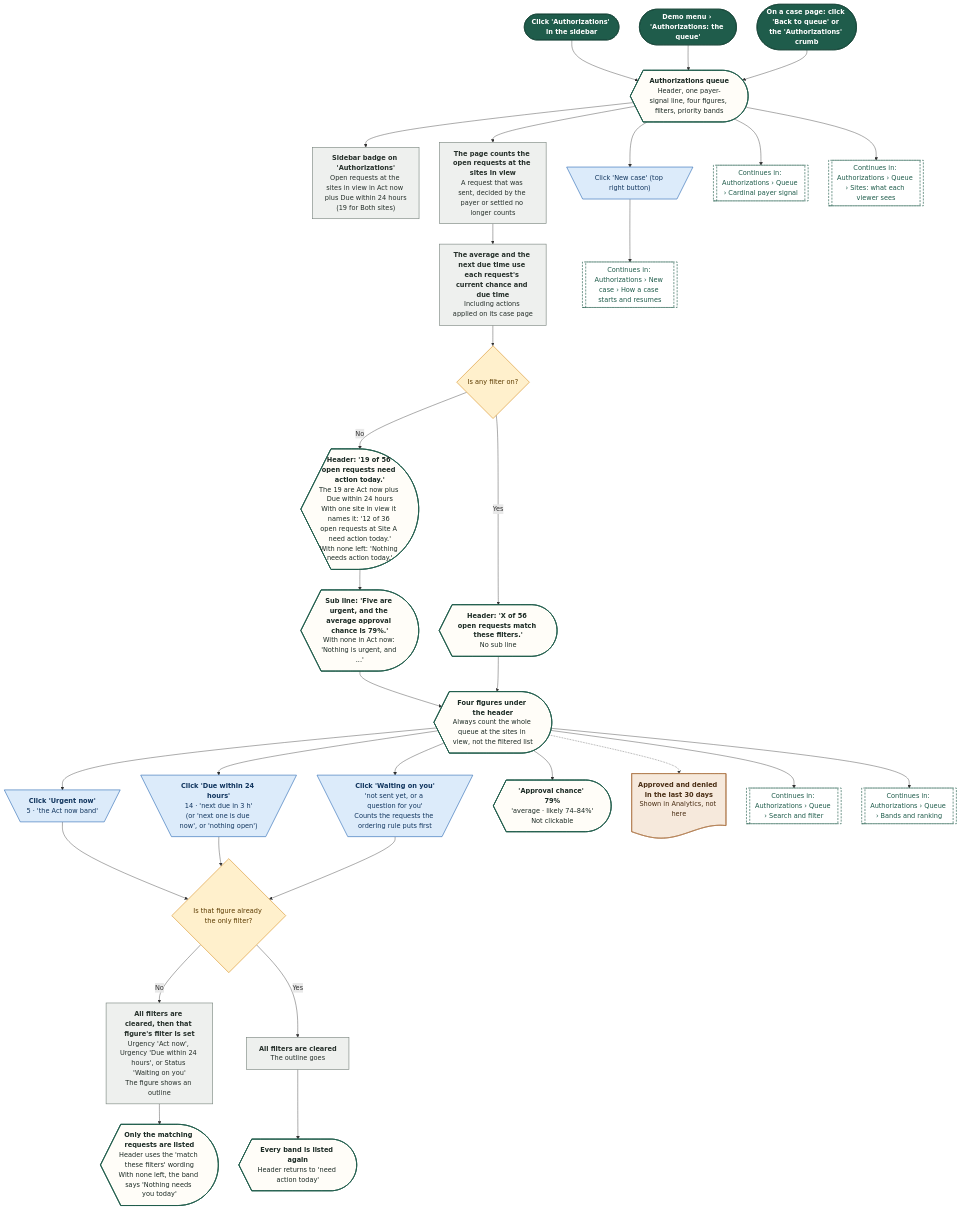
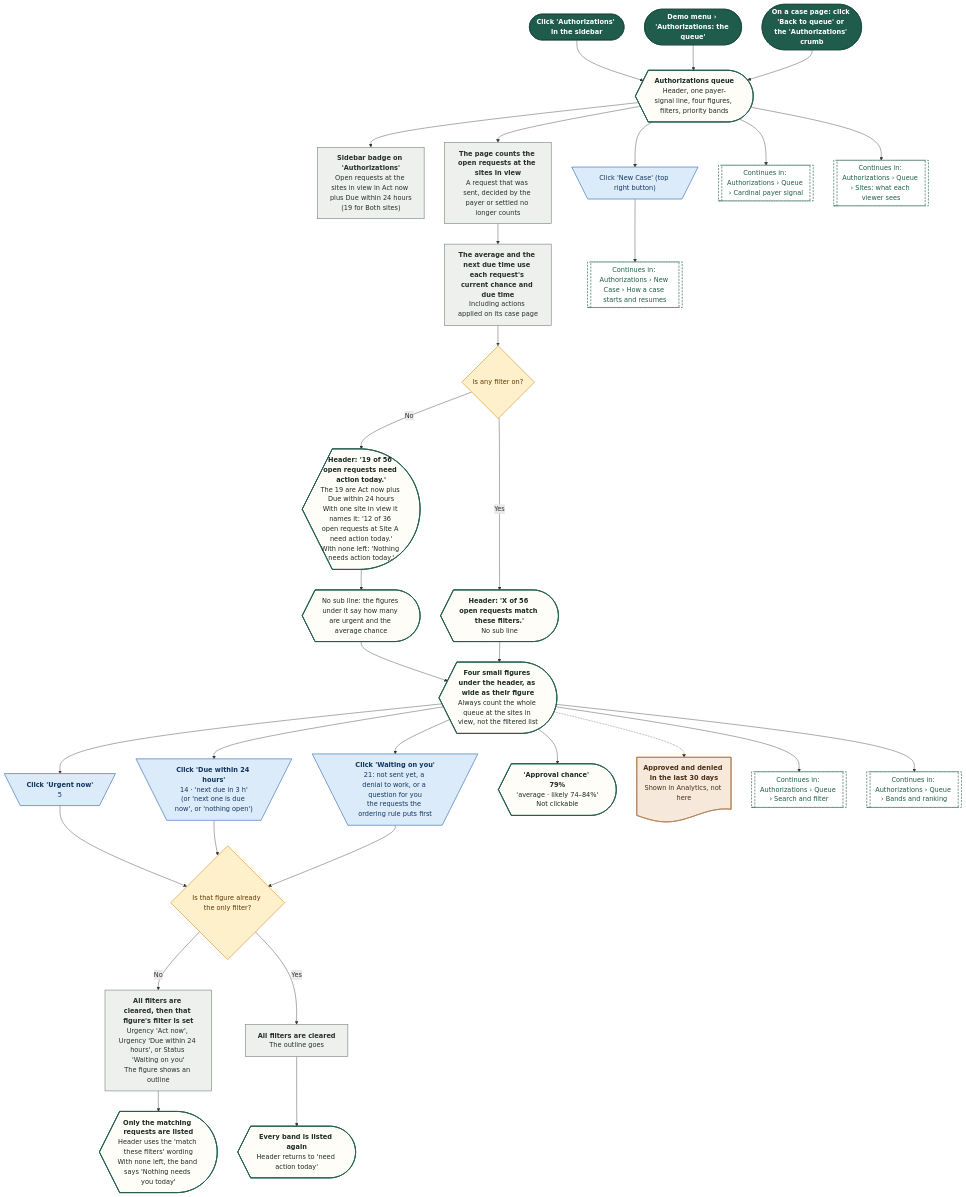
The first of 34 diagrams in demos/prior-auth-demo/workflows/out/md/03-authorizations.md (Shrav143/psyfloapp), drawn with Mermaid before and after one commit. The commit also changed other lines of this file and 202 other files, not shown here.

First line of the commit message:
docs: round 6 README, CONVENTIONS, spec section 17, diagram module blurbs and 336 rebuilt diagrams

````diff
--- a/demos/prior-auth-demo/workflows/out/md/03-authorizations.md
+++ b/demos/prior-auth-demo/workflows/out/md/03-authorizations.md
@@ -15,76 +15,76 @@
 ```mermaid
 %%{init: {"theme":"base","themeVariables":{"fontFamily":"'DM Sans', 'Segoe UI', system-ui, sans-serif","fontSize":"15px","lineColor":"#5B6B63","primaryTextColor":"#1C2B25","clusterBkg":"#FBF8F3","clusterBorder":"#D9CDBB","edgeLabelBackground":"#FFFFFF"},"flowchart":{"curve":"basis","nodeSpacing":36,"rankSpacing":48,"padding":12,"htmlLabels":true,"useMaxWidth":false,"wrappingWidth":230}} }%%
 flowchart TD
   classDef k_start fill:#1F5C4B,stroke:#174638,color:#FFFFFF,stroke-width:1.5px,font-weight:600
   classDef k_end fill:#DDEFE3,stroke:#2E7D4F,color:#14502F,stroke-width:1.5px,font-weight:600
   classDef k_endx fill:#FBE3E0,stroke:#C0392B,color:#7A1F16,stroke-width:1.5px,font-weight:600
   classDef k_screen fill:#FFFDF8,stroke:#1F5C4B,color:#1C2B25,stroke-width:2px
   classDef k_overlay fill:#F1F7F3,stroke:#1F5C4B,color:#1C2B25,stroke-width:2px,stroke-dasharray:5 3
   classDef k_click fill:#DCEBFA,stroke:#2F6DB5,color:#12365F,stroke-width:1.5px
   classDef k_input fill:#E4E7FF,stroke:#4C5FD5,color:#1D2670,stroke-width:1.5px
   classDef k_process fill:#EEF0EE,stroke:#7A857F,color:#26302B,stroke-width:1.5px
   classDef k_agent fill:#EEE5FA,stroke:#7A4FC2,color:#341A63,stroke-width:1.5px
   classDef k_decision fill:#FFF0CC,stroke:#D9962B,color:#5C3B00,stroke-width:1.5px
   classDef k_store fill:#D5F0EA,stroke:#1C8E7B,color:#0B4A3F,stroke-width:1.5px
   classDef k_doc fill:#F6E9DC,stroke:#B07A4C,color:#4A2E14,stroke-width:1.5px
   classDef k_ext fill:#FFE6D2,stroke:#E07B39,color:#6B2F06,stroke-width:1.5px
   classDef k_wait fill:#E4E8EE,stroke:#6B7C93,color:#26303D,stroke-width:1.5px
   classDef k_toast fill:#FFF9DB,stroke:#C9A400,color:#5A4A00,stroke-width:1.5px
   classDef k_goto fill:#FFFFFF,stroke:#1F5C4B,color:#1F5C4B,stroke-width:1.5px,stroke-dasharray:5 3
   s1@{ shape: stadium, label: "Click 'Authorizations' in the sidebar" }
   s2@{ shape: stadium, label: "Demo menu › 'Authorizations: the queue'" }
   s3@{ shape: stadium, label: "On a case page: click 'Back to queue' or the 'Authorizations' crumb" }
   q1@{ shape: curv-trap, label: "<b>Authorizations queue</b><br/>Header, one payer-signal line, four figures, filters, priority bands" }
   sb@{ shape: rect, label: "<b>Sidebar badge on 'Authorizations'</b><br/>Open requests at the sites in view in Act now plus Due within 24 hours<br/>(19 for Both sites)" }
   p1@{ shape: rect, label: "<b>The page counts the open requests at the sites in view</b><br/>A request that was sent, decided by the payer or settled no longer counts" }
   p2@{ shape: rect, label: "<b>The average and the next due time use each request's current chance and due time</b><br/>Including actions applied on its case page" }
   d1@{ shape: diam, label: "Is any filter on?" }
   h1@{ shape: curv-trap, label: "<b>Header: '19 of 56 open requests need action today.'</b><br/>The 19 are Act now plus Due within 24 hours<br/>With one site in view it names it: '12 of 36 open requests at Site A need action today.'<br/>With none left: 'Nothing needs action today.'" }
-  h2@{ shape: curv-trap, label: "<b>Sub line: 'Five are urgent, and the average approval chance is 79%.'</b><br/>With none in Act now: 'Nothing is urgent, and ...'" }
+  h2@{ shape: curv-trap, label: "No sub line: the figures under it say how many are urgent and the average chance" }
   h3@{ shape: curv-trap, label: "<b>Header: 'X of 56 open requests match these filters.'</b><br/>No sub line" }
-  nb@{ shape: trap-t, label: "Click 'New case' (top right button)" }
-  g1@{ shape: subproc, label: "Continues in: Authorizations › New case › How a case starts and resumes" }
+  nb@{ shape: trap-t, label: "Click 'New Case' (top right button)" }
+  g1@{ shape: subproc, label: "Continues in: Authorizations › New Case › How a case starts and resumes" }
   g2@{ shape: subproc, label: "Continues in: Authorizations › Queue › Cardinal payer signal" }
-  tl@{ shape: curv-trap, label: "<b>Four figures under the header</b><br/>Always count the whole queue at the sites in view, not the filtered list" }
-  t2@{ shape: trap-t, label: "<b>Click 'Urgent now'</b><br/>5 · 'the Act now band'" }
+  tl@{ shape: curv-trap, label: "<b>Four small figures under the header, as wide as their figure</b><br/>Always count the whole queue at the sites in view, not the filtered list" }
+  t2@{ shape: trap-t, label: "<b>Click 'Urgent now'</b><br/>5" }
   t3@{ shape: trap-t, label: "<b>Click 'Due within 24 hours'</b><br/>14 · 'next due in 3 h'<br/>(or 'next one is due now', or 'nothing open')" }
-  t4@{ shape: trap-t, label: "<b>Click 'Waiting on you'</b><br/>'not sent yet, or a question for you'<br/>Counts the requests the ordering rule puts first" }
+  t4@{ shape: trap-t, label: "<b>Click 'Waiting on you'</b><br/>21: not sent yet, a denial to work, or a question for you<br/>the requests the ordering rule puts first" }
   t1@{ shape: curv-trap, label: "<b>'Approval chance' 79%</b><br/>'average · likely 74–84%'<br/>Not clickable" }
   dSel@{ shape: diam, label: "Is that figure already the only filter?" }
   u1@{ shape: rect, label: "<b>All filters are cleared, then that figure's filter is set</b><br/>Urgency 'Act now', Urgency 'Due within 24 hours', or Status 'Waiting on you'<br/>The figure shows an outline" }
   u2@{ shape: curv-trap, label: "<b>Only the matching requests are listed</b><br/>Header uses the 'match these filters' wording<br/>With none left, the band says 'Nothing needs you today'" }
   a1@{ shape: rect, label: "<b>All filters are cleared</b><br/>The outline goes" }
   a2@{ shape: curv-trap, label: "<b>Every band is listed again</b><br/>Header returns to 'need action today'" }
   an@{ shape: doc, label: "<b>Approved and denied in the last 30 days</b><br/>Shown in Analytics, not here" }
   g3@{ shape: subproc, label: "Continues in: Authorizations › Queue › Search and filter" }
   g4@{ shape: subproc, label: "Continues in: Authorizations › Queue › Bands and ranking" }
   g5@{ shape: subproc, label: "Continues in: Authorizations › Queue › Sites: what each viewer sees" }
   s1 --> q1
   s2 --> q1
   s3 --> q1
   q1 --> sb
   q1 --> nb --> g1
   q1 --> p1 --> p2 --> d1
   d1 -->|"No"| h1 --> h2
   d1 -->|"Yes"| h3
   h2 --> tl
   h3 --> tl
   tl --> t1 & t2 & t3 & t4
   t2 --> dSel
   t3 --> dSel
   t4 --> dSel
   dSel -->|"No"| u1 --> u2
   dSel -->|"Yes"| a1 --> a2
   tl -.-> an
   q1 --> g2
   tl --> g3
   tl --> g4
   q1 --> g5
   class s1,s2,s3 k_start
   class q1,h1,h2,h3,tl,t1,u2,a2 k_screen
   class sb,p1,p2,u1,a1 k_process
   class d1,dSel k_decision
   class nb,t2,t3,t4 k_click
   class g1,g2,g3,g4,g5 k_goto
   class an k_doc
 ```
````
